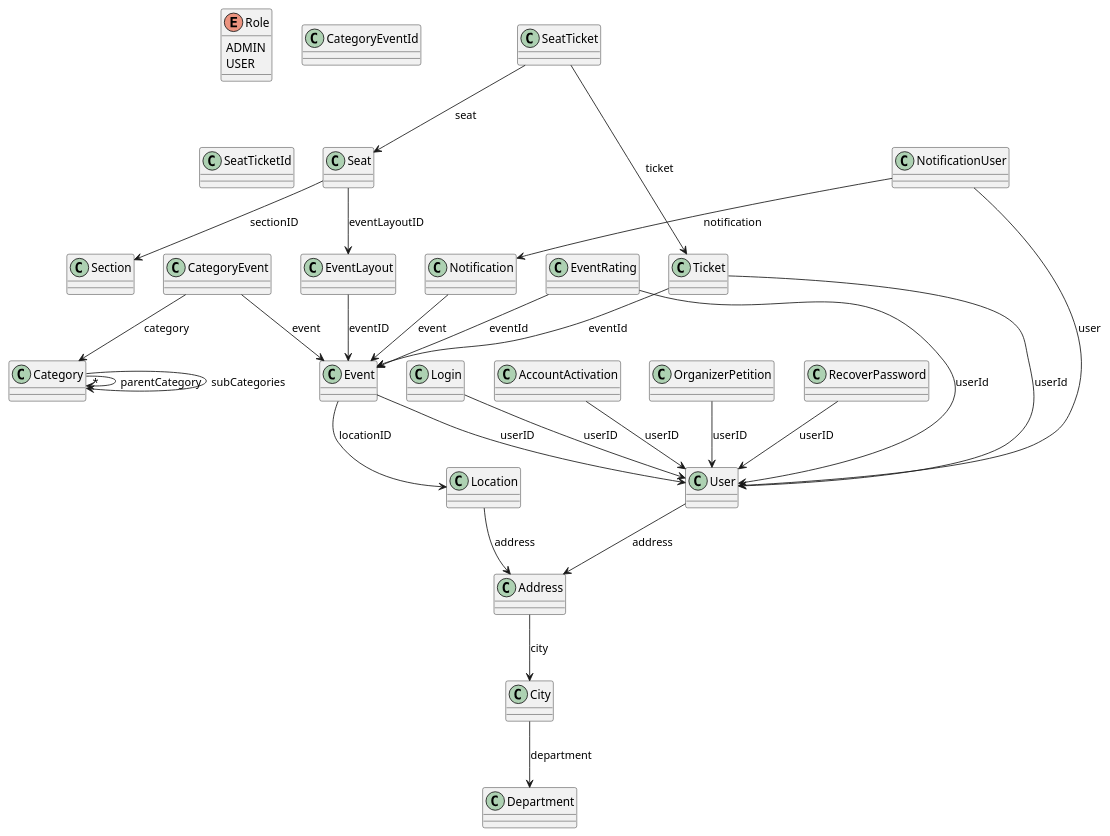
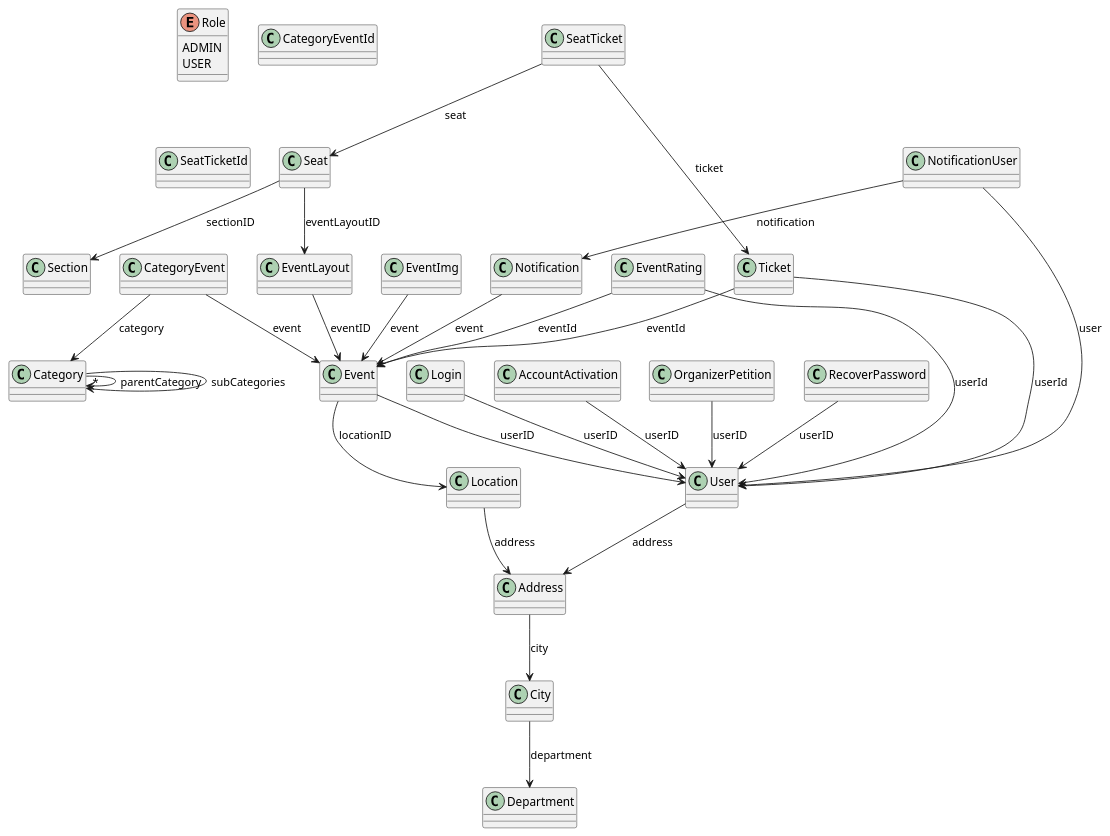
The diagram in architecture/class diagram/class diagram model simple.puml (lozano2303/tu-evento), drawn with PlantUML before and after one commit. The commit also changed 15 other files, not shown here.

```diff
--- a/architecture/class diagram/class diagram model simple.puml
+++ b/architecture/class diagram/class diagram model simple.puml
@@ -1,102 +1,106 @@
 @startuml Simple Class Diagram
 
 class User {
 }
 
 class Address {
 }
 
 class City {
 }
 
 class Department {
 }
 
 class Location {
 }
 
 class Event {
 }
 
 class EventLayout {
 }
 
 class Seat {
 }
 
 class Section {
 }
 
 class Ticket {
 }
 
 class EventRating {
 }
 
 class Notification {
 }
 
 class NotificationUser {
 }
 
 class Login {
 }
 
 class AccountActivation {
 }
 
 class OrganizerPetition {
 }
 
 class RecoverPassword {
 }
 
 class Category {
 }
 
 class CategoryEvent {
 }
 
 class SeatTicket {
 }
 
 enum Role {
     ADMIN
     USER
 }
 
 class CategoryEventId {
 }
 
 class SeatTicketId {
 }
 
+class EventImg {
+}
+
 ' Relationships
 User --> Address : address
 Address --> City : city
 City --> Department : department
 Location --> Address : address
 Event --> User : userID
 Event --> Location : locationID
 EventLayout --> Event : eventID
 Seat --> Section : sectionID
 Seat --> EventLayout : eventLayoutID
 Ticket --> Event : eventId
 Ticket --> User : userId
 EventRating --> User : userId
 EventRating --> Event : eventId
 Notification --> Event : event
 NotificationUser --> User : user
 NotificationUser --> Notification : notification
 Login --> User : userID
 AccountActivation --> User : userID
 OrganizerPetition --> User : userID
 RecoverPassword --> User : userID
 Category --> Category : parentCategory
 Category --> "*" Category : subCategories
 CategoryEvent --> Category : category
 CategoryEvent --> Event : event
 SeatTicket --> Seat : seat
 SeatTicket --> Ticket : ticket
+EventImg --> Event : event
 
 @enduml
```
